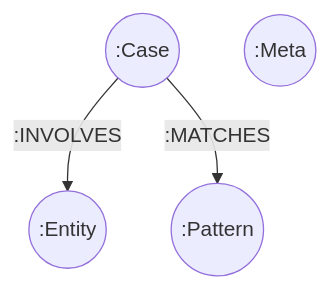
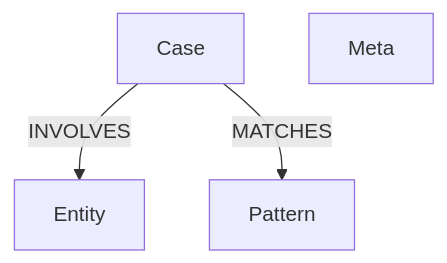
The third of 3 diagrams in README.md (Manasa-L-Hegde/RingWatch), drawn with Mermaid before and after one commit. The commit also changed other lines of this file, not shown here.

Commit message:
Fix Mermaid diagram syntax for GitHub rendering

````diff
--- a/README.md
+++ b/README.md
@@ -169,6 +170,6 @@
 ```mermaid
-graph TD
-    Case((:Case)) -->|:INVOLVES| Entity((:Entity))
-    Case -->|:MATCHES| Pattern((:Pattern))
-    Meta((:Meta))
+flowchart TD
+    Case["Case"] -->|INVOLVES| Entity["Entity"]
+    Case -->|MATCHES| Pattern["Pattern"]
+    Meta["Meta"]
 ```
````
